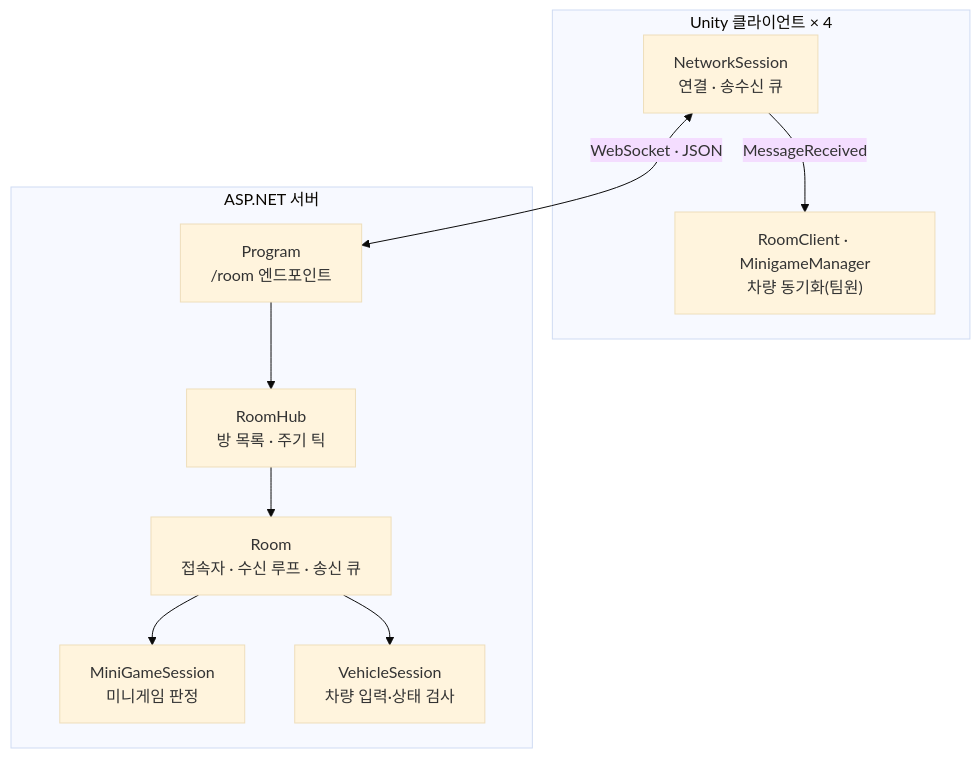
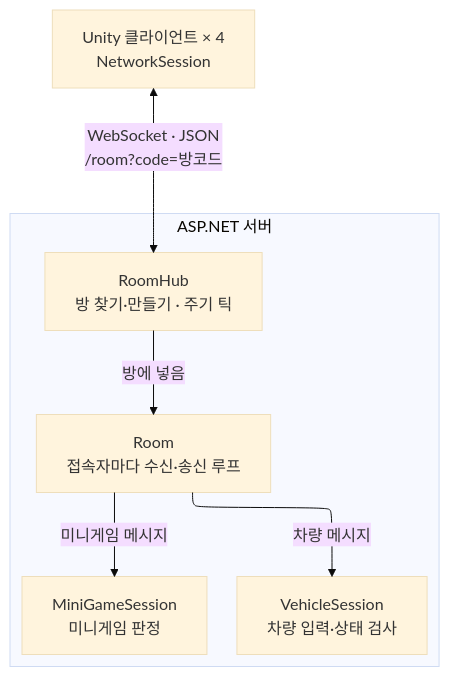
One commit to Lets-Gitit/portfolio changed the second of 5 diagrams in src/3-Thief/프로젝트문서.md. Above: the diagram before and after it, drawn with Mermaid (base theme). The commit also changed other lines of this file, not shown here.

````diff
--- a/src/3-Thief/프로젝트문서.md
+++ b/src/3-Thief/프로젝트문서.md
@@ -122,15 +114,22 @@
 ```mermaid
+---
+config:
+  layout: elk
+---
 flowchart TB
-    subgraph Unity["Unity 클라이언트 × 4"]
-        NS["NetworkSession<br/>연결 · 송수신 큐"]
-        US["RoomClient · MinigameManager<br/>차량 동기화(팀원)"]
-        NS -->|"MessageReceived"| US
+    C["Unity 클라이언트 × 4<br/>NetworkSession"]
+    H["RoomHub<br/>방 찾기·만들기 · 주기 틱"]
+    R["Room<br/>접속자마다 수신·송신 루프"]
+    M["MiniGameSession<br/>미니게임 판정"]
+    V["VehicleSession<br/>차량 입력·상태 검사"]
+    C <-->|"WebSocket · JSON<br/>/room?code=방코드"| H
+    H -->|"방에 넣음"| R
+    R -->|"미니게임 메시지"| M
+    R -->|"차량 메시지"| V
+    subgraph S["ASP.NET 서버"]
+        H
+        R
+        M
+        V
     end
-    subgraph Server["ASP.NET 서버"]
-        P["Program<br/>/room 엔드포인트"] --> H["RoomHub<br/>방 목록 · 주기 틱"]
-        H --> R["Room<br/>접속자 · 수신 루프 · 송신 큐"]
-        R --> M["MiniGameSession<br/>미니게임 판정"]
-        R --> V["VehicleSession<br/>차량 입력·상태 검사"]
-    end
-    NS <-->|"WebSocket · JSON"| P
 ```
````
